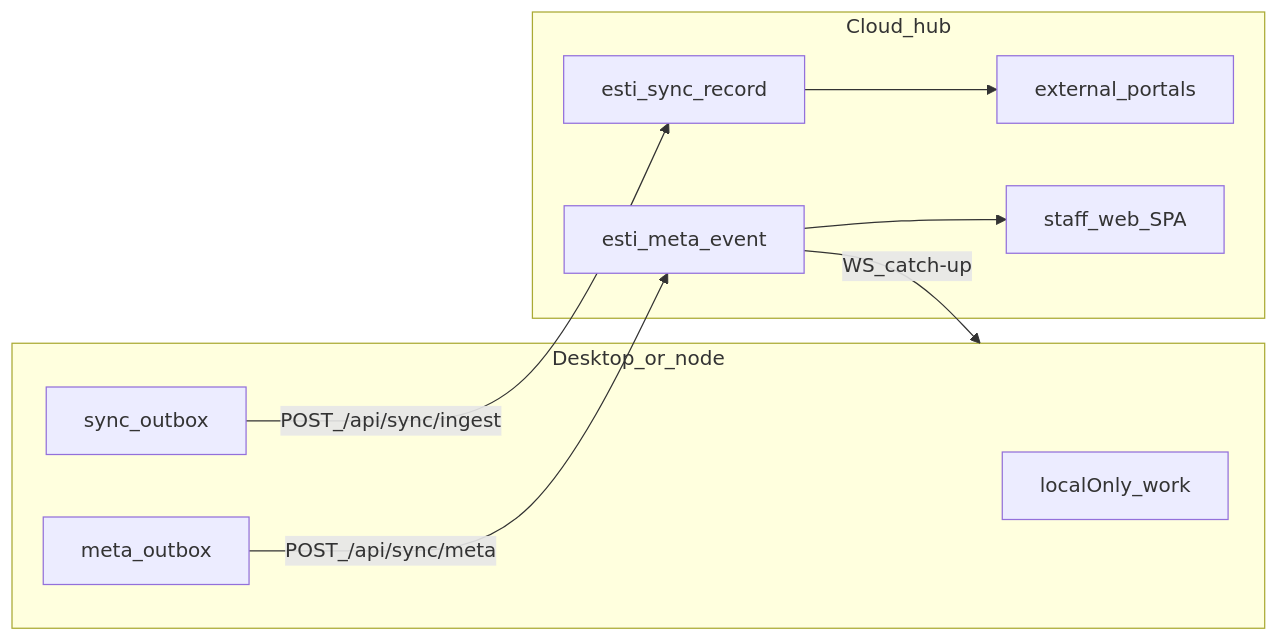
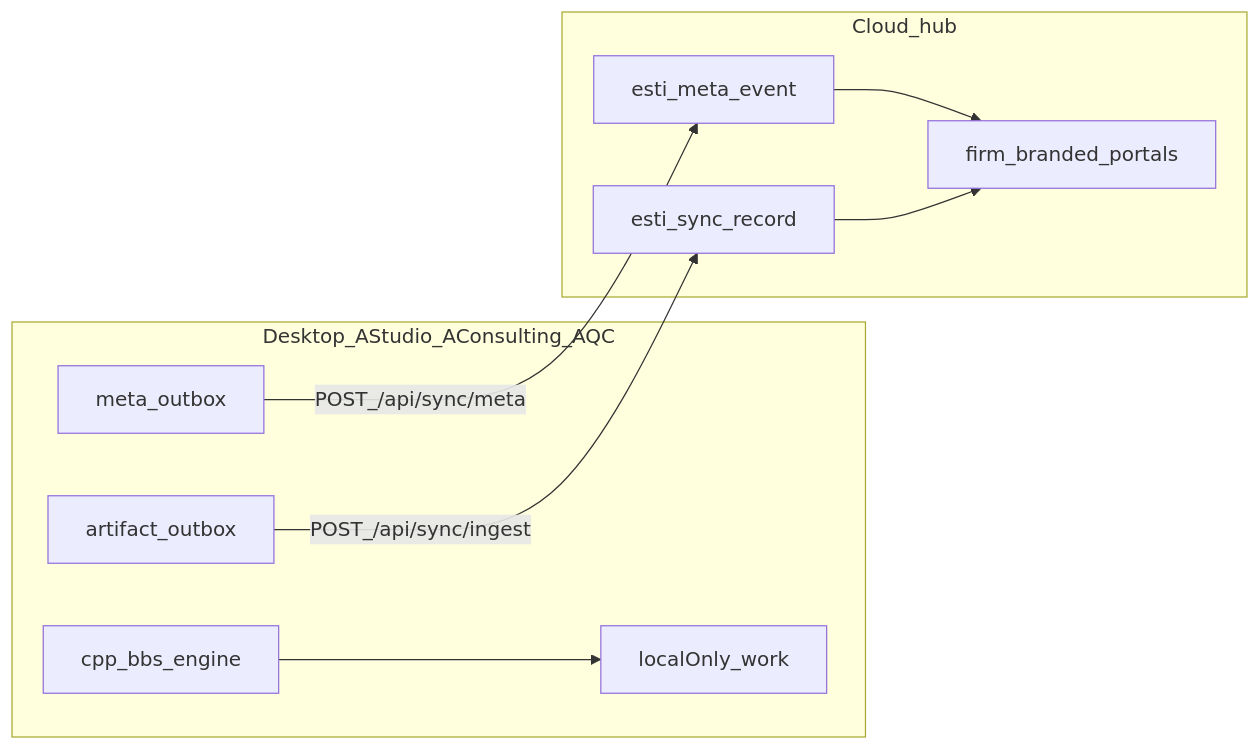
Before and after one commit to HolagundiWorks/aorms: the diagram in docs/esti/LOCAL-FIRST.md, drawn with Mermaid. The commit also changed other lines of this file and 34 other files, not shown here.

````diff
--- a/docs/esti/LOCAL-FIRST.md
+++ b/docs/esti/LOCAL-FIRST.md
@@ -35,19 +46,19 @@
 ```mermaid
 flowchart LR
-  subgraph node [Desktop_or_node]
+  subgraph desktop [Desktop_AStudio_AConsulting_AQC]
     Work[localOnly_work]
+    Engine[cpp_bbs_engine]
     MetaQ[meta_outbox]
-    ArtQ[sync_outbox]
+    ArtQ[artifact_outbox]
   end
   subgraph hub [Cloud_hub]
     MetaLog[esti_meta_event]
     ArtStore[esti_sync_record]
-    Portals[external_portals]
-    WebSPA[staff_web_SPA]
+    Portals[firm_branded_portals]
   end
+  Engine --> Work
   MetaQ -->|POST_/api/sync/meta| MetaLog
   ArtQ -->|POST_/api/sync/ingest| ArtStore
-  MetaLog -->|WS_catch-up| node
+  MetaLog --> Portals
   ArtStore --> Portals
-  MetaLog --> WebSPA
 ```
````
